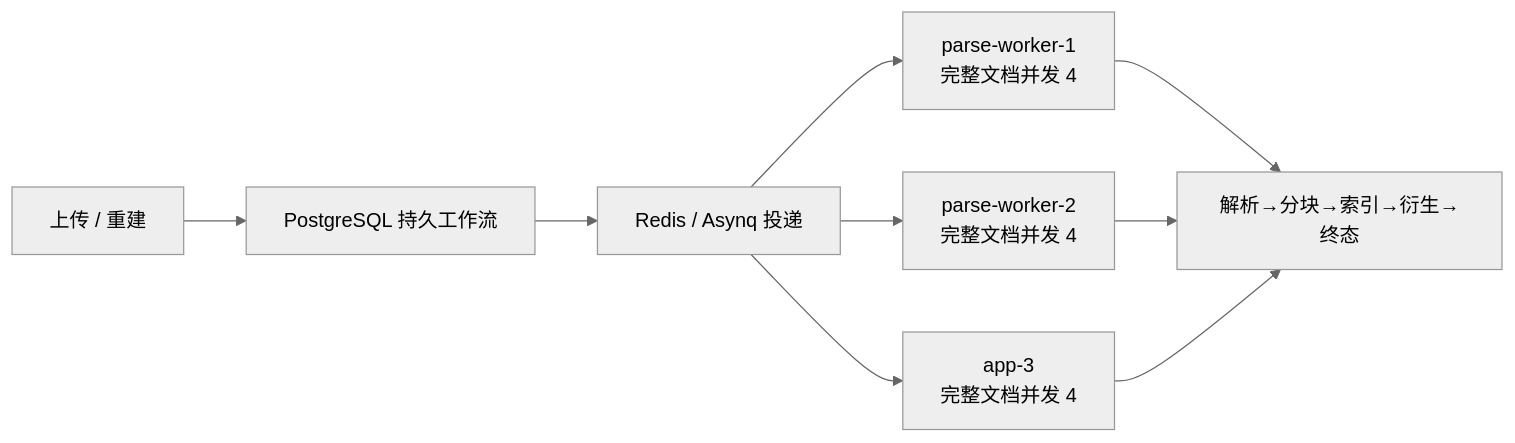
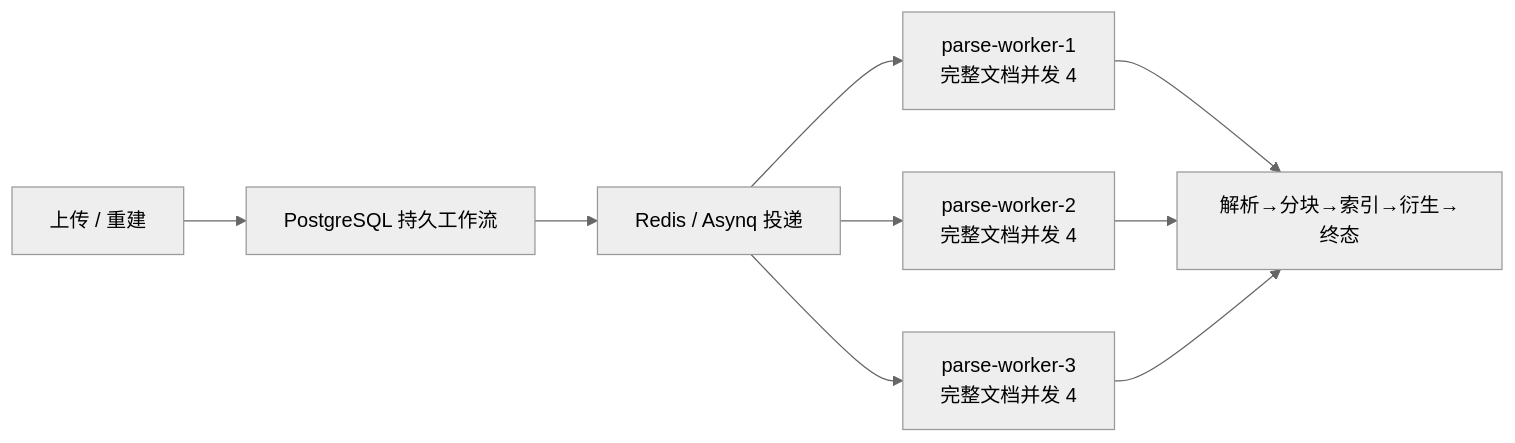
The second of 2 diagrams in README.md (Meaninles/wekno), drawn with Mermaid (neutral theme) before and after one commit. The commit also changed other lines of this file and 136 other files, not shown here.

````diff
--- a/README.md
+++ b/README.md
@@ -117,11 +135,11 @@
 ```mermaid
 flowchart LR
     In["上传 / 重建"] --> WF["PostgreSQL 持久工作流"]
     WF --> Q["Redis / Asynq 投递"]
     Q --> A1["parse-worker-1\n完整文档并发 4"]
     Q --> A2["parse-worker-2\n完整文档并发 4"]
-    Q --> A3["app-3\n完整文档并发 4"]
+    Q --> A3["parse-worker-3\n完整文档并发 4"]
     A1 --> P["解析→分块→索引→衍生→终态"]
     A2 --> P
     A3 --> P
 ```
````
